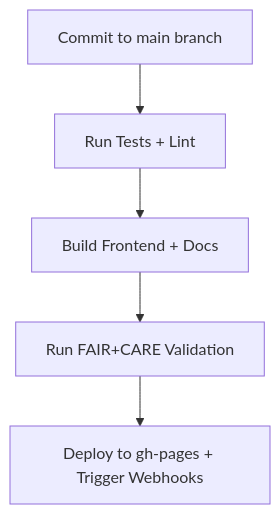
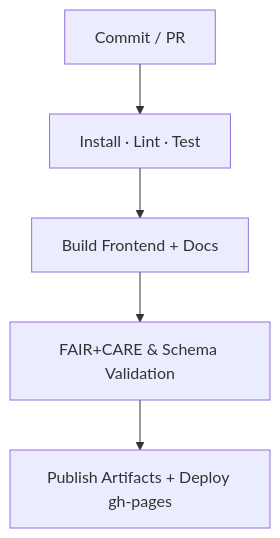
The first of 2 diagrams in .github/README.md (bartytime4life/Kansas-Frontier-Matrix), drawn with Mermaid before and after one commit. The commit also changed other lines of this file, not shown here.

````diff
--- a/.github/README.md
+++ b/.github/README.md
@@ -60,7 +55,7 @@
 ```mermaid
 flowchart TD
-A[Commit to main branch] --> B[Run Tests + Lint]
-B --> C[Build Frontend + Docs]
-C --> D[Run FAIR+CARE Validation]
-D --> E[Deploy to gh-pages + Trigger Webhooks]
+  A[Commit / PR] --> B[Install · Lint · Test]
+  B --> C[Build Frontend + Docs]
+  C --> D[FAIR+CARE & Schema Validation]
+  D --> E[Publish Artifacts + Deploy gh-pages]
 ```
````
